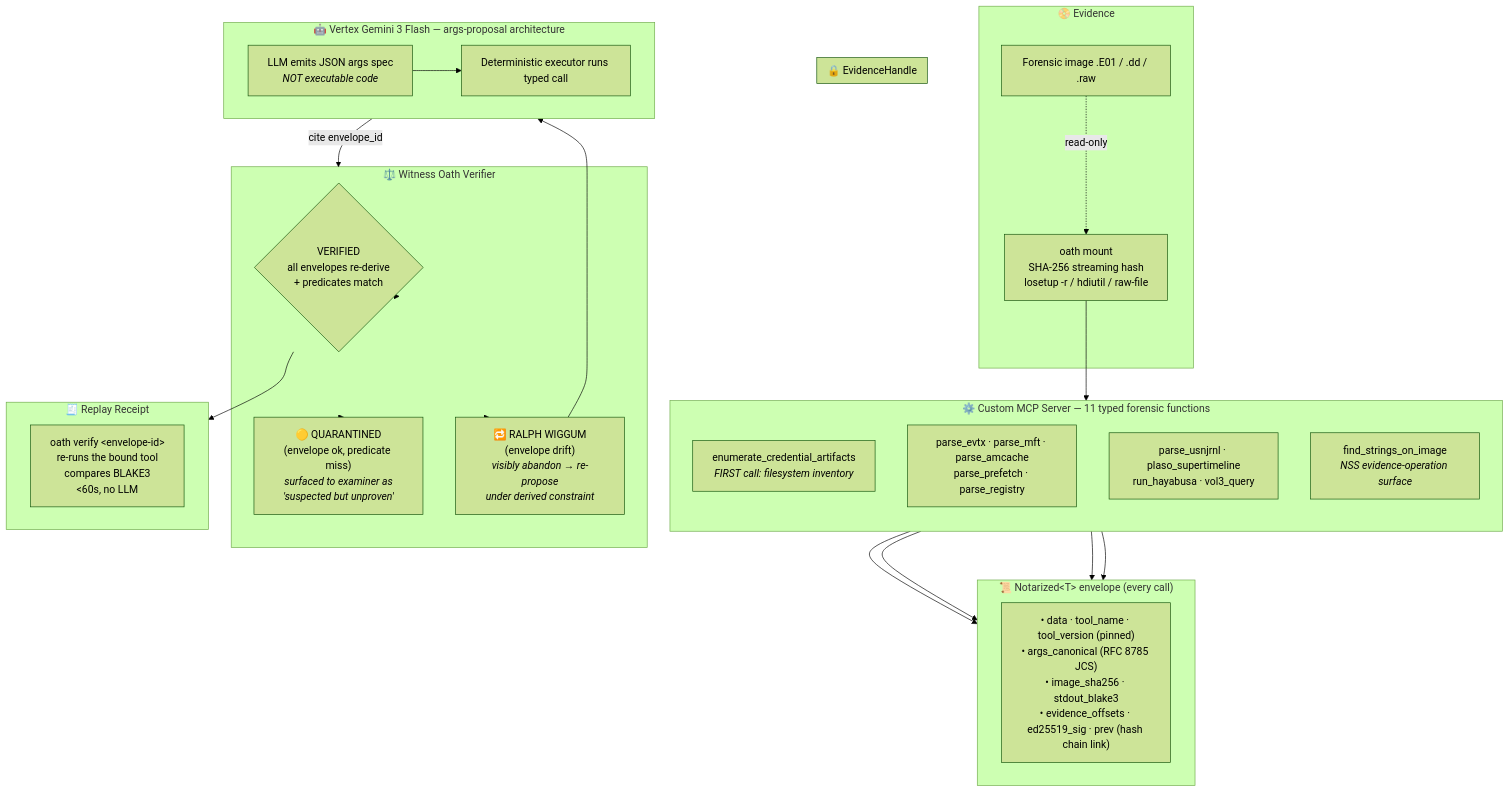
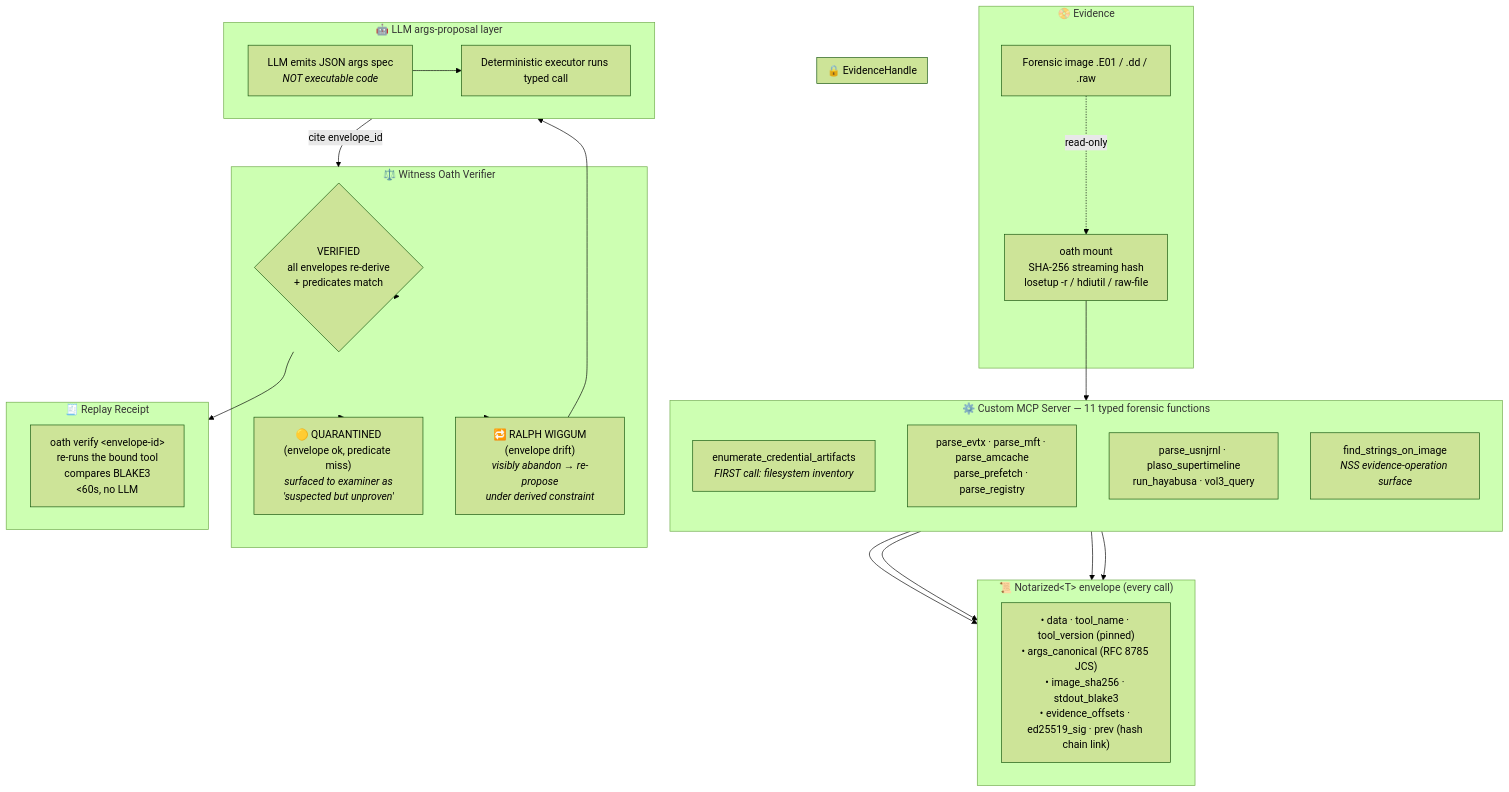
One commit to GharsallahDev/oath-mcp changed the diagram in docs/ARCHITECTURE.md. Above: the diagram before and after it, drawn with Mermaid (forest theme). The commit also changed other lines of this file and 8 other files, not shown here.

````diff
--- a/docs/ARCHITECTURE.md
+++ b/docs/ARCHITECTURE.md
@@ -11,51 +11,51 @@
 ```mermaid
 flowchart TB
     subgraph EVIDENCE["📀 Evidence"]
         IMG[Forensic image .E01 / .dd / .raw]
         IMG -.read-only.-> MOUNT
     end
 
     subgraph HANDLE["🔒 EvidenceHandle"]
         MOUNT[oath mount<br/>SHA-256 streaming hash<br/>losetup -r / hdiutil / raw-file]
     end
 
     subgraph MCP["⚙️ Custom MCP Server — 11 typed forensic functions"]
         direction TB
         F1["enumerate_credential_artifacts<br/><i>FIRST call: filesystem inventory</i>"]
         F2["parse_evtx · parse_mft · parse_amcache<br/>parse_prefetch · parse_registry"]
         F3["parse_usnjrnl · plaso_supertimeline<br/>run_hayabusa · vol3_query"]
         F4["find_strings_on_image<br/><i>NSS evidence-operation surface</i>"]
     end
 
     subgraph ENV["📜 Notarized&lt;T&gt; envelope (every call)"]
         E1["• data · tool_name · tool_version (pinned)<br/>• args_canonical (RFC 8785 JCS)<br/>• image_sha256 · stdout_blake3<br/>• evidence_offsets · ed25519_sig · prev (hash chain link)"]
     end
 
-    subgraph AGENT["🤖 Vertex Gemini 3 Flash — args-proposal architecture"]
+    subgraph AGENT["🤖 LLM args-proposal layer"]
         PROPOSE[LLM emits JSON args spec<br/><i>NOT executable code</i>]
         EXEC[Deterministic executor runs typed call]
         PROPOSE --> EXEC
     end
 
     subgraph WITNESS["⚖️ Witness Oath Verifier"]
         VERIFIED{"VERIFIED<br/>all envelopes re-derive<br/>+ predicates match"}
         QUARANTINED["🟡 QUARANTINED<br/>(envelope ok, predicate miss)<br/><i>surfaced to examiner as<br/>'suspected but unproven'</i>"]
         RALPH["🔁 RALPH WIGGUM<br/>(envelope drift)<br/><i>visibly abandon → re-propose<br/>under derived constraint</i>"]
     end
 
     subgraph RECEIPT["🧾 Replay Receipt"]
         R1["oath verify &lt;envelope-id&gt;<br/>re-runs the bound tool<br/>compares BLAKE3<br/>&lt;60s, no LLM"]
     end
 
     MOUNT --> F1
     F1 --> ENV
     F2 --> ENV
     F3 --> ENV
     F4 --> ENV
     AGENT -->|cite envelope_id| WITNESS
     WITNESS --> VERIFIED
     WITNESS --> QUARANTINED
     WITNESS --> RALPH
     RALPH --> AGENT
     VERIFIED --> RECEIPT
 ```
````
